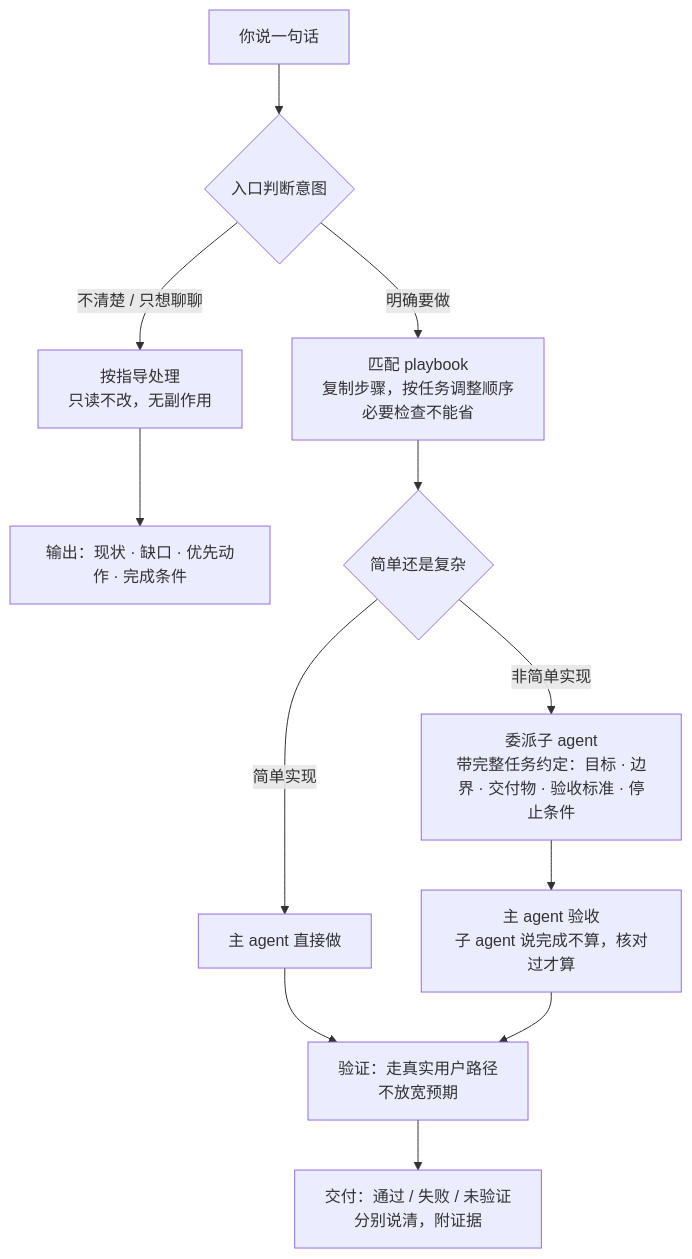
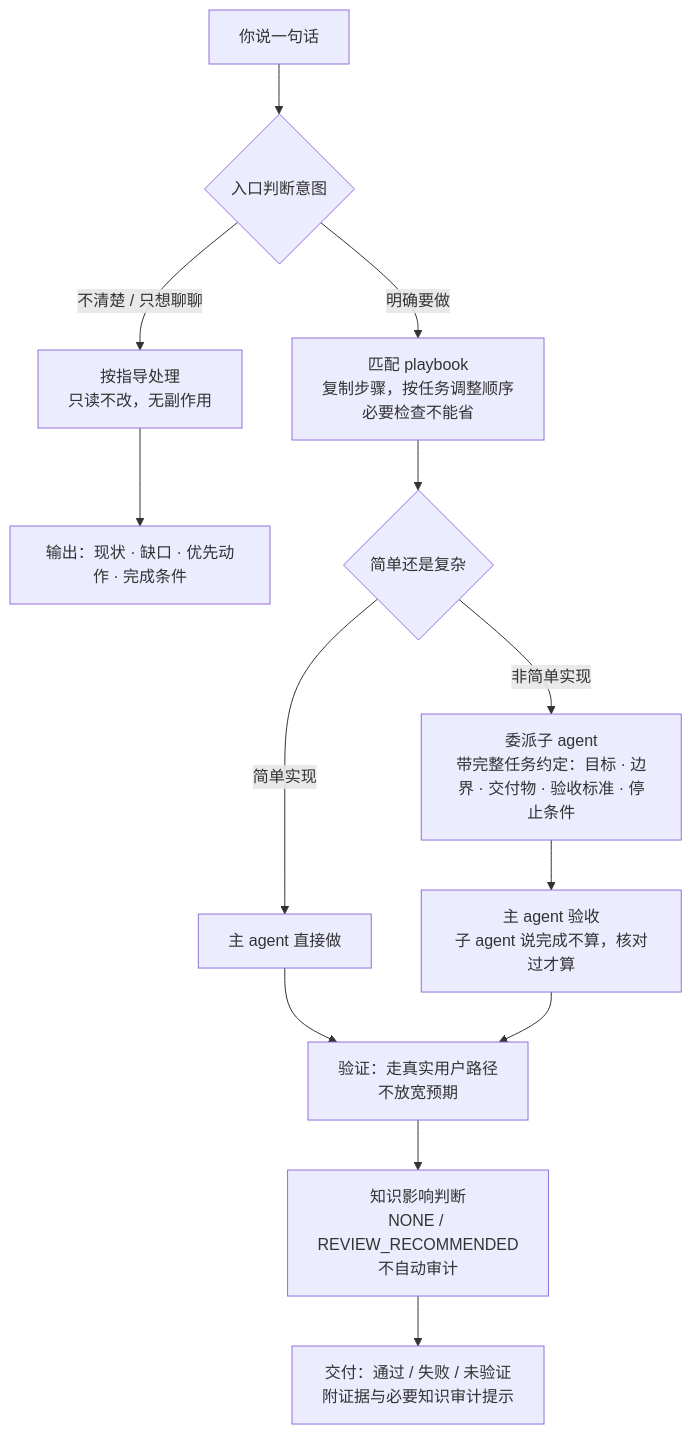
The first of 2 diagrams in README.md (ttttstc/nimo), drawn with Mermaid before and after one commit. The commit also changed other lines of this file, not shown here.

````diff
--- a/README.md
+++ b/README.md
@@ -77,14 +78,15 @@
 ```mermaid
 flowchart TB
     S[你说一句话] --> I{入口判断意图}
     I -->|不清楚 / 只想聊聊| G[按指导处理<br/>只读不改，无副作用]
     I -->|明确要做| P[匹配 playbook<br/>复制步骤，按任务调整顺序<br/>必要检查不能省]
     G --> OUT1[输出：现状 · 缺口 · 优先动作 · 完成条件]
     P --> D{简单还是复杂}
     D -->|简单实现| M[主 agent 直接做]
     D -->|非简单实现| SUB[委派子 agent<br/>带完整任务约定：目标 · 边界 · 交付物 · 验收标准 · 停止条件]
     SUB --> CHK[主 agent 验收<br/>子 agent 说完成不算，核对过才算]
     M --> V[验证：走真实用户路径<br/>不放宽预期]
     CHK --> V
-    V --> OUT2[交付：通过 / 失败 / 未验证<br/>分别说清，附证据]
+    V --> K[知识影响判断<br/>NONE / REVIEW_RECOMMENDED<br/>不自动审计]
+    K --> OUT2[交付：通过 / 失败 / 未验证<br/>附证据与必要知识审计提示]
 ```
````
